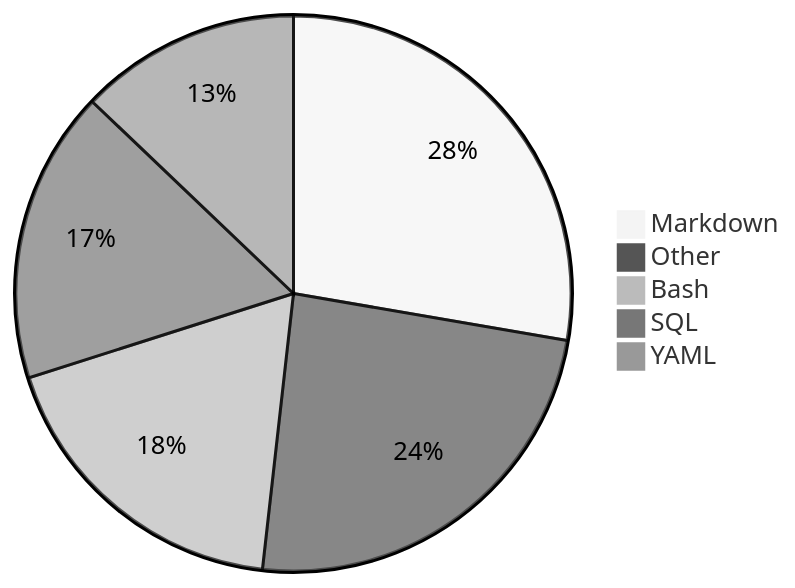
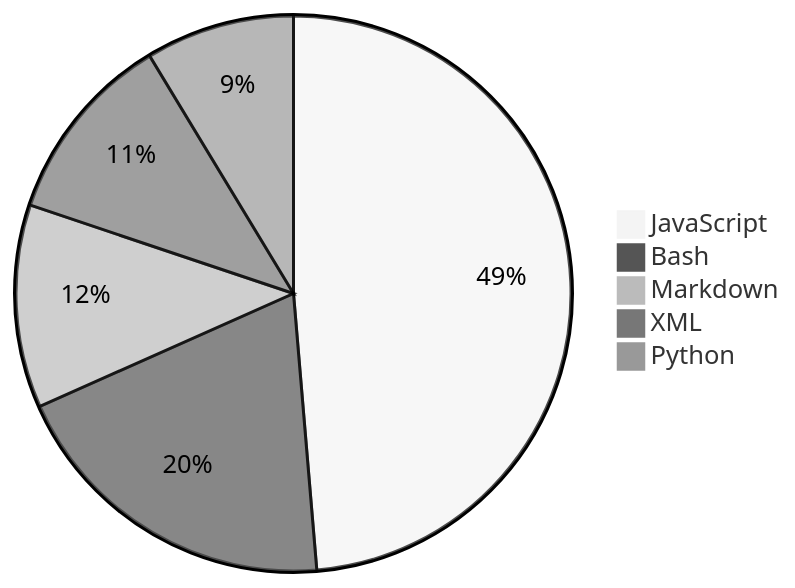
One commit to Alicia111/alicia111 changed the diagram in README.md. Above: the diagram before and after it, drawn with Mermaid (neutral theme).

Commit message:
Update WakaTime stats (・ω・)b

````diff
--- a/README.md
+++ b/README.md
@@ -32,8 +32,8 @@
 ```mermaid
 pie
-    "Markdown" : 22.98
-    "Other" : 19.96
-    "Bash" : 15.18
-    "SQL" : 14.12
-    "YAML" : 10.68
+    "JavaScript" : 47.06
+    "Bash" : 19.03
+    "Markdown" : 11.43
+    "XML" : 10.81
+    "Python" : 8.38
 ```
````
